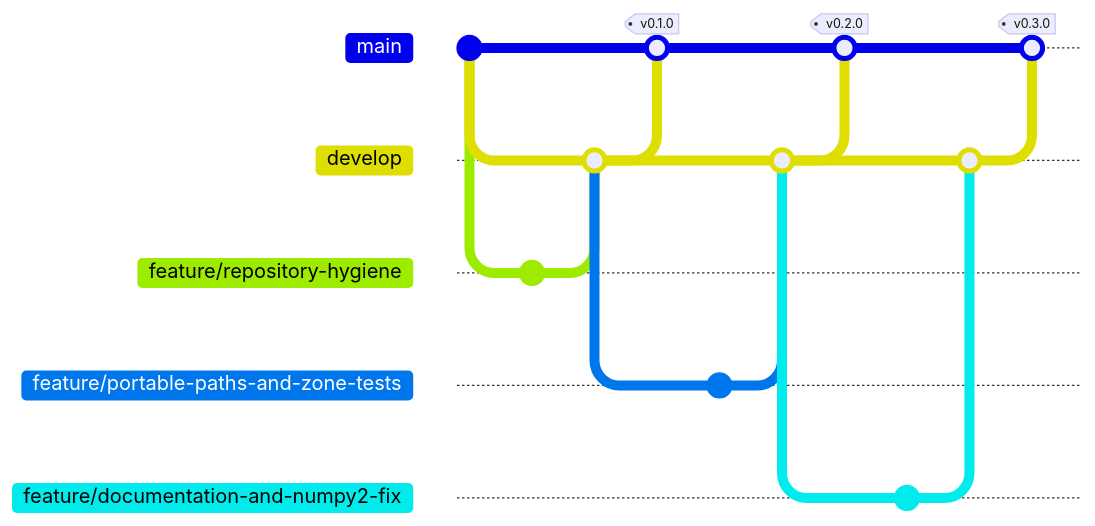
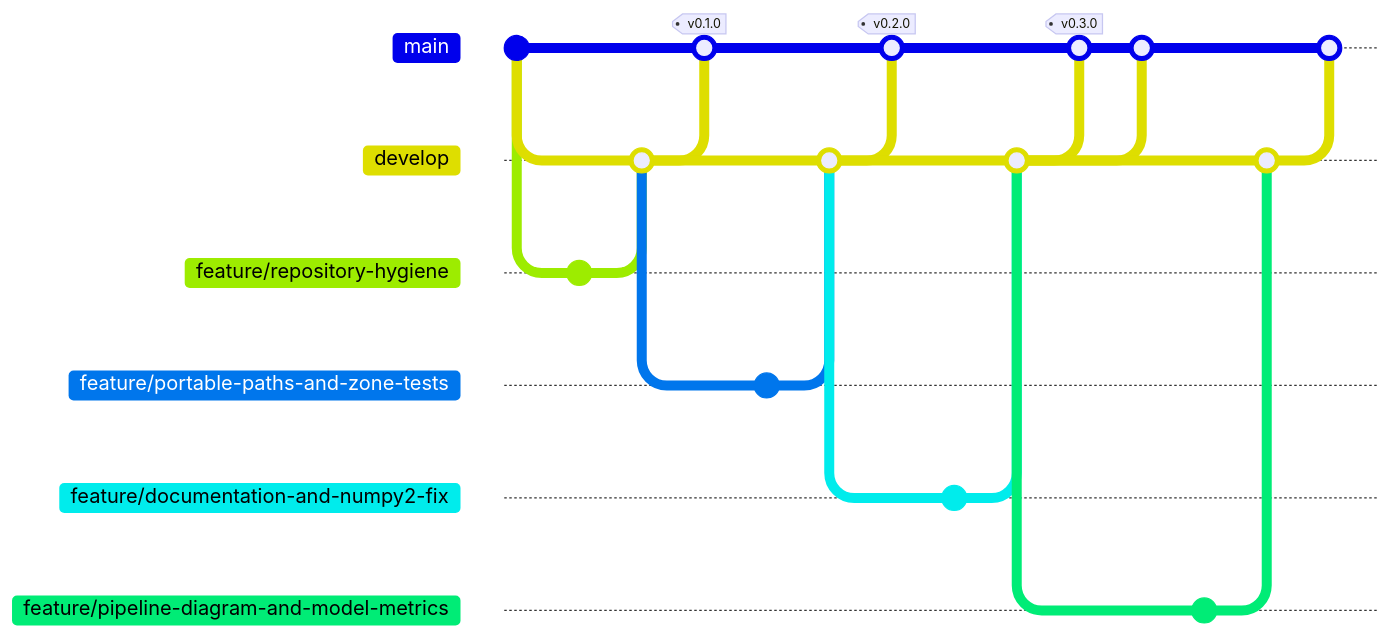
Before and after one commit to danielyatacoblas/omni-retail: the second of 2 diagrams in README.md, drawn with Mermaid. The commit also changed other lines of this file, not shown here. Commit ids are hidden.

Commit message:
docs: regenerate the branch diagram after the release merge
The block quotes counts read from the history, so committing it necessarily changes what it counts. It is generated last and says when it was taken rather than pretending to be live.

````diff
--- a/README.md
+++ b/README.md
@@ -182,29 +182,39 @@
 ```mermaid
 gitGraph
    commit id: "import"
    branch develop
    checkout develop
    branch feature/repository-hygiene
    checkout feature/repository-hygiene
    commit
    checkout develop
    merge feature/repository-hygiene
    checkout main
    merge develop tag: "v0.1.0"
    checkout develop
    branch feature/portable-paths-and-zone-tests
    checkout feature/portable-paths-and-zone-tests
    commit
    checkout develop
    merge feature/portable-paths-and-zone-tests
    checkout main
    merge develop tag: "v0.2.0"
    checkout develop
    branch feature/documentation-and-numpy2-fix
    checkout feature/documentation-and-numpy2-fix
    commit
    checkout develop
    merge feature/documentation-and-numpy2-fix
    checkout main
    merge develop tag: "v0.3.0"
+   checkout main
+   merge develop
+   checkout develop
+   branch feature/pipeline-diagram-and-model-metrics
+   checkout feature/pipeline-diagram-and-model-metrics
+   commit
+   checkout develop
+   merge feature/pipeline-diagram-and-model-metrics
+   checkout main
+   merge develop
 ```
````
